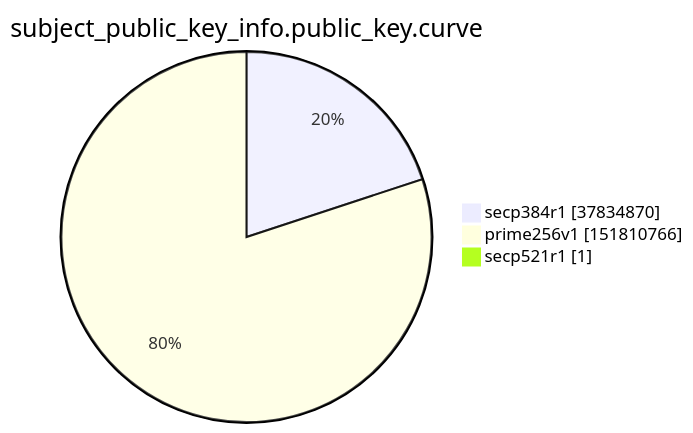
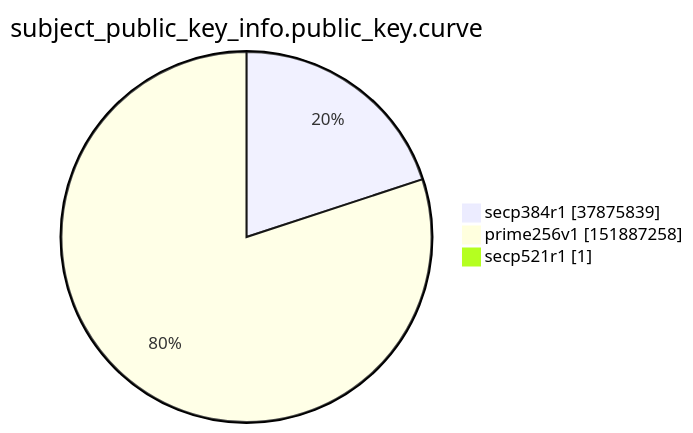
One commit to christiankrug/ctmonitor_visualization changed the ninth of 15 diagrams in xenon2022/README.md. Above: the diagram before and after it, drawn with Mermaid. The commit also changed other lines of this file, not shown here.

````diff
--- a/xenon2022/README.md
+++ b/xenon2022/README.md
@@ -2860,7 +2860,7 @@
 ```mermaid
 pie showData
 title subject_public_key_info.public_key.curve
-"secp384r1" :37834870
-"prime256v1" :151810766
+"secp384r1" :37875839
+"prime256v1" :151887258
 "secp521r1" :1
 ```
````
